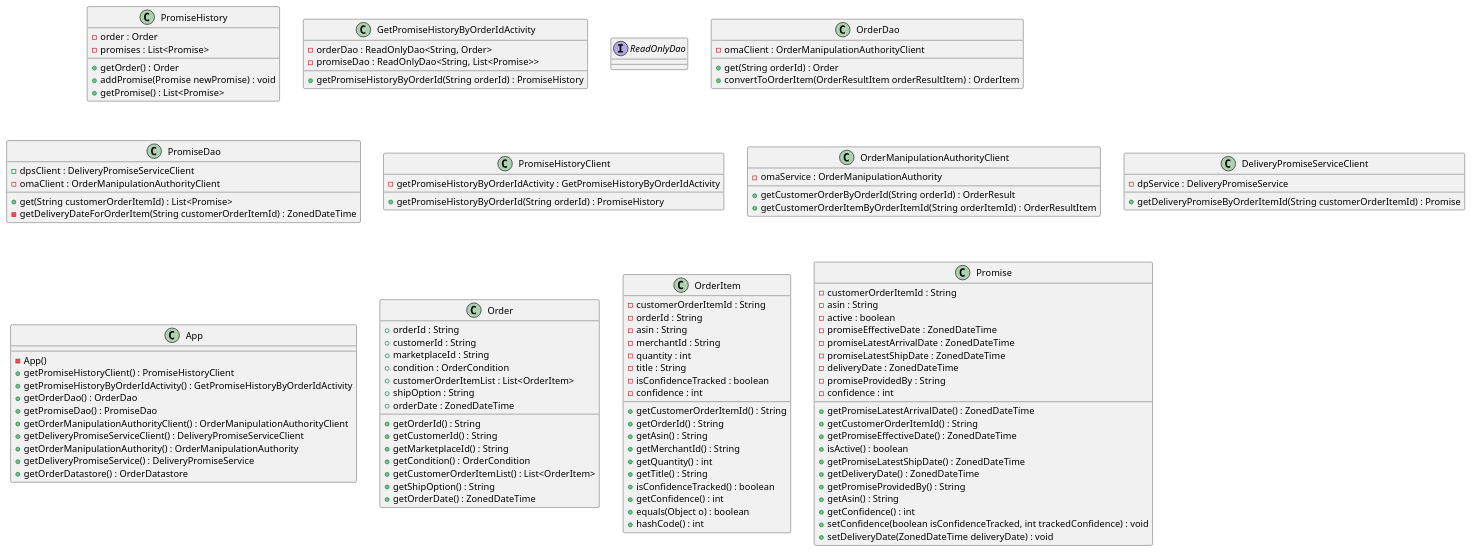
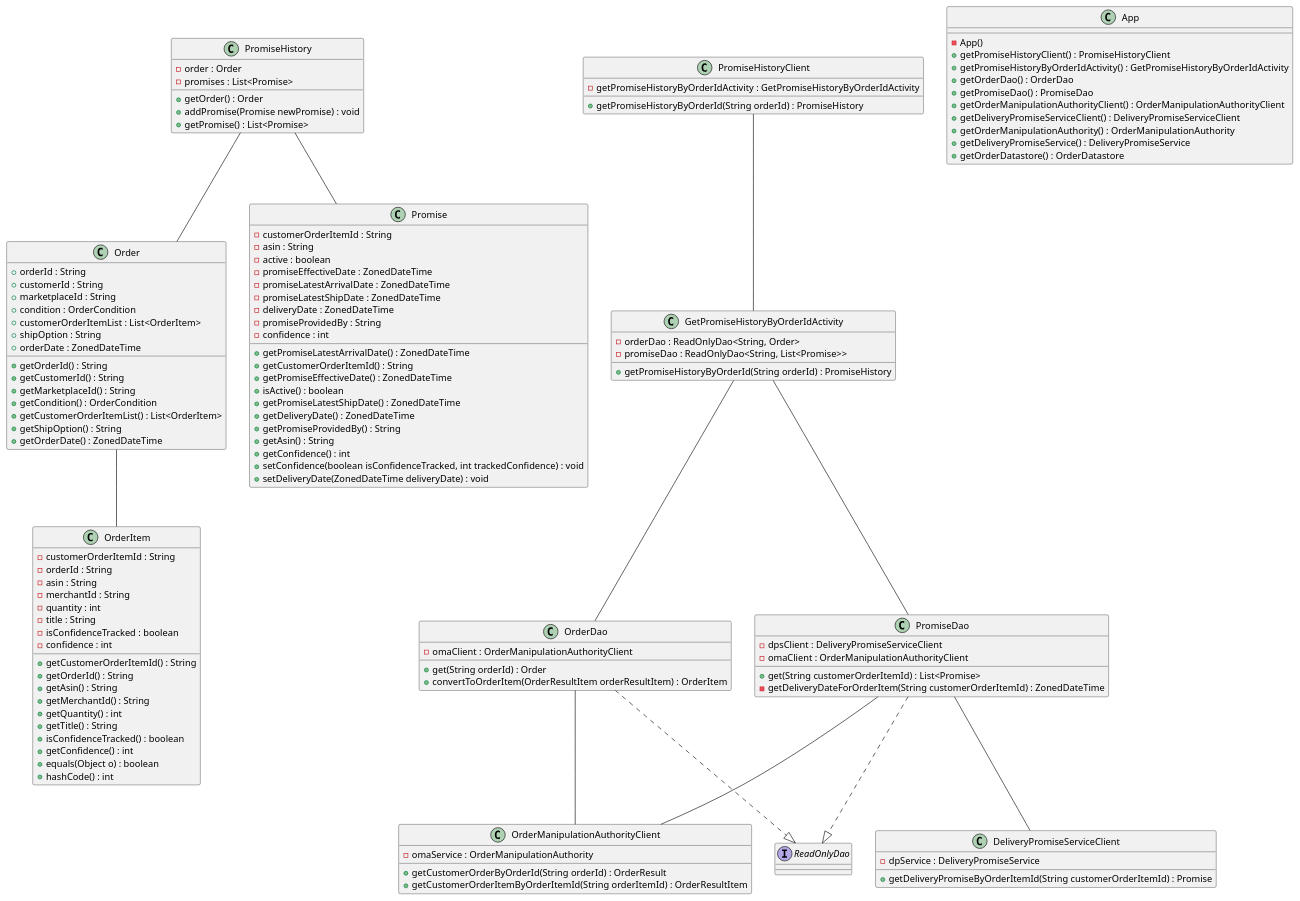
One commit to BloomTechBackend/bd-intermediate-java-project-AlexRodZingg changed the diagram in src/resources/deliveringonourpromise_CD.puml. Above: the diagram before and after it, drawn with PlantUML. The commit also changed 9 other files, not shown here.

```diff
--- a/src/resources/deliveringonourpromise_CD.puml
+++ b/src/resources/deliveringonourpromise_CD.puml
@@ -1,125 +1,135 @@
 @startuml
 
 class PromiseHistory {
     - order : Order
     - promises : List<Promise>
     + getOrder() : Order
     + addPromise(Promise newPromise) : void
     + getPromise() : List<Promise>
 }
 
 class GetPromiseHistoryByOrderIdActivity {
     - orderDao : ReadOnlyDao<String, Order>
     - promiseDao : ReadOnlyDao<String, List<Promise>>
     + getPromiseHistoryByOrderId(String orderId) : PromiseHistory
 }
 
 interface ReadOnlyDao {
 }
 
 class OrderDao {
     - omaClient : OrderManipulationAuthorityClient
     + get(String orderId) : Order
     + convertToOrderItem(OrderResultItem orderResultItem) : OrderItem
 }
 
 class PromiseDao {
     - dpsClient : DeliveryPromiseServiceClient
     - omaClient : OrderManipulationAuthorityClient
     + get(String customerOrderItemId) : List<Promise>
     - getDeliveryDateForOrderItem(String customerOrderItemId) : ZonedDateTime
 }
 
 class PromiseHistoryClient {
     - getPromiseHistoryByOrderIdActivity : GetPromiseHistoryByOrderIdActivity
     + getPromiseHistoryByOrderId(String orderId) : PromiseHistory
 }
 
 class OrderManipulationAuthorityClient {
     - omaService : OrderManipulationAuthority
     + getCustomerOrderByOrderId(String orderId) : OrderResult
     + getCustomerOrderItemByOrderItemId(String orderItemId) : OrderResultItem
 }
 
 class DeliveryPromiseServiceClient {
     - dpService : DeliveryPromiseService
     + getDeliveryPromiseByOrderItemId(String customerOrderItemId) : Promise
 }
 
 class App {
     - App()
     + getPromiseHistoryClient() : PromiseHistoryClient
     + getPromiseHistoryByOrderIdActivity() : GetPromiseHistoryByOrderIdActivity
     + getOrderDao() : OrderDao
     + getPromiseDao() : PromiseDao
     + getOrderManipulationAuthorityClient() : OrderManipulationAuthorityClient
     + getDeliveryPromiseServiceClient() : DeliveryPromiseServiceClient
     + getOrderManipulationAuthority() : OrderManipulationAuthority
     + getDeliveryPromiseService() : DeliveryPromiseService
     + getOrderDatastore() : OrderDatastore
 }
 
 class Order {
     + orderId : String
     + customerId : String
     + marketplaceId : String
     + condition : OrderCondition
     + customerOrderItemList : List<OrderItem>
     + shipOption : String
     + orderDate : ZonedDateTime
     + getOrderId() : String
     + getCustomerId() : String
     + getMarketplaceId() : String
     + getCondition() : OrderCondition
     + getCustomerOrderItemList() : List<OrderItem>
     + getShipOption() : String
     + getOrderDate() : ZonedDateTime
 }
 
 class OrderItem {
     - customerOrderItemId : String
     - orderId : String
     - asin : String
     - merchantId : String
     - quantity : int
     - title : String
     - isConfidenceTracked : boolean
     - confidence : int
     + getCustomerOrderItemId() : String
     + getOrderId() : String
     + getAsin() : String
     + getMerchantId() : String
     + getQuantity() : int
     + getTitle() : String
     + isConfidenceTracked() : boolean
     + getConfidence() : int
     + equals(Object o) : boolean
     + hashCode() : int
 }
 
 class Promise {
     - customerOrderItemId : String
     - asin : String
     - active : boolean
     - promiseEffectiveDate : ZonedDateTime
     - promiseLatestArrivalDate : ZonedDateTime
     - promiseLatestShipDate : ZonedDateTime
     - deliveryDate : ZonedDateTime
     - promiseProvidedBy : String
     - confidence : int
     + getPromiseLatestArrivalDate() : ZonedDateTime
     + getCustomerOrderItemId() : String
     + getPromiseEffectiveDate() : ZonedDateTime
     + isActive() : boolean
     + getPromiseLatestShipDate() : ZonedDateTime
     + getDeliveryDate() : ZonedDateTime
     + getPromiseProvidedBy() : String
     + getAsin() : String
     + getConfidence() : int
     + setConfidence(boolean isConfidenceTracked, int trackedConfidence) : void
     + setDeliveryDate(ZonedDateTime deliveryDate) : void
 }
 
-
+PromiseHistoryClient -- GetPromiseHistoryByOrderIdActivity
+GetPromiseHistoryByOrderIdActivity -- PromiseDao
+GetPromiseHistoryByOrderIdActivity -- OrderDao
+PromiseDao -- DeliveryPromiseServiceClient
+PromiseDao -- OrderManipulationAuthorityClient
+OrderDao -- OrderManipulationAuthorityClient
+PromiseHistory -- Order
+PromiseHistory -- Promise
+Order -- OrderItem
+OrderDao ..|> ReadOnlyDao
+PromiseDao ..|> ReadOnlyDao
 
 @enduml
```
